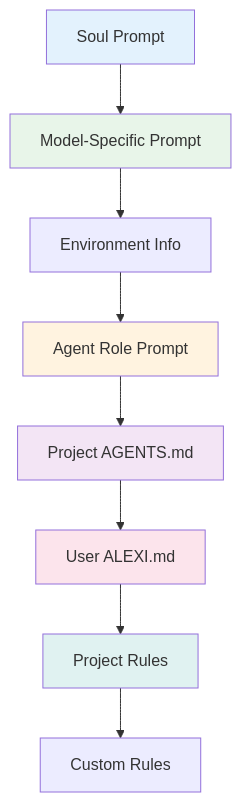
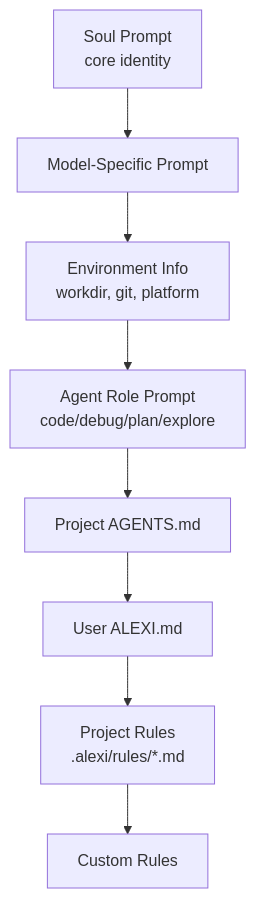
One commit to ausardcompany/alexi changed the diagram in docs/CONFIGURATION.md. Above: the diagram before and after it, drawn with Mermaid. The commit also changed other lines of this file and 6 other files, not shown here.

````diff
--- a/docs/CONFIGURATION.md
+++ b/docs/CONFIGURATION.md
@@ -292,17 +383,10 @@
 ```mermaid
 graph TB
-    Soul[Soul Prompt] --> Model[Model-Specific Prompt]
-    Model --> Env[Environment Info]
-    Env --> Agent[Agent Role Prompt]
+    Soul[Soul Prompt<br/>core identity] --> Model[Model-Specific Prompt]
+    Model --> Env[Environment Info<br/>workdir, git, platform]
+    Env --> Agent[Agent Role Prompt<br/>code/debug/plan/explore]
     Agent --> Project[Project AGENTS.md]
     Project --> User[User ALEXI.md]
-    User --> Rules[Project Rules]
+    User --> Rules[Project Rules<br/>.alexi/rules/*.md]
     Rules --> Custom[Custom Rules]
-    
-    style Soul fill:#E3F2FD
-    style Model fill:#E8F5E9
-    style Agent fill:#FFF3E0
-    style Project fill:#F3E5F5
-    style User fill:#FCE4EC
-    style Rules fill:#E0F2F1
 ```
````
